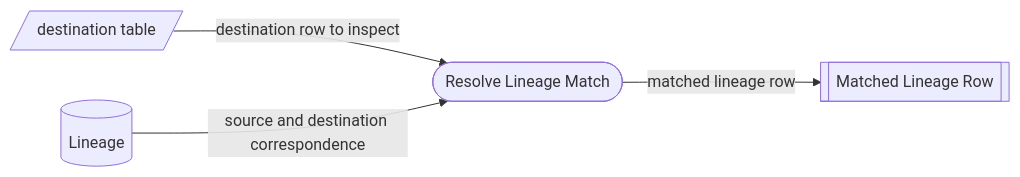
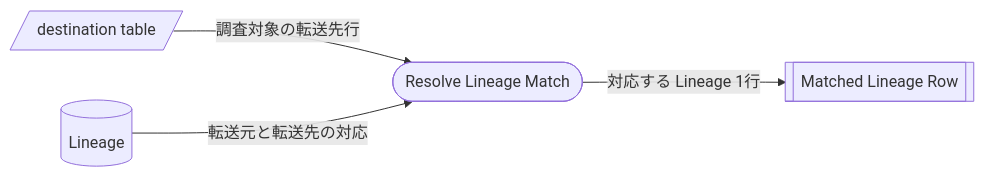
Before and after one commit to mk3008/rawsql-ts: the third of 7 diagrams in packages/transfer/docs/processes/lineage-trace-process.md, drawn with Mermaid. The commit also changed other lines of this file and 70 other files, not shown here.

````diff
--- a/packages/transfer/docs/processes/lineage-trace-process.md
+++ b/packages/transfer/docs/processes/lineage-trace-process.md
@@ -52,11 +57,11 @@
 ```mermaid
 flowchart LR
   DestinationTable[/"destination table"/]
   Lineage[("Lineage")]
   ResolveLineageMatch(["Resolve Lineage Match"])
   MatchedLineageRow[["Matched Lineage Row"]]
 
-  DestinationTable -->|"destination row to inspect"| ResolveLineageMatch
-  Lineage -->|"source and destination correspondence"| ResolveLineageMatch
-  ResolveLineageMatch -->|"matched lineage row"| MatchedLineageRow
+  DestinationTable -->|"調査対象の転送先行"| ResolveLineageMatch
+  Lineage -->|"転送元と転送先の対応"| ResolveLineageMatch
+  ResolveLineageMatch -->|"対応する Lineage 1行"| MatchedLineageRow
 ```
````
